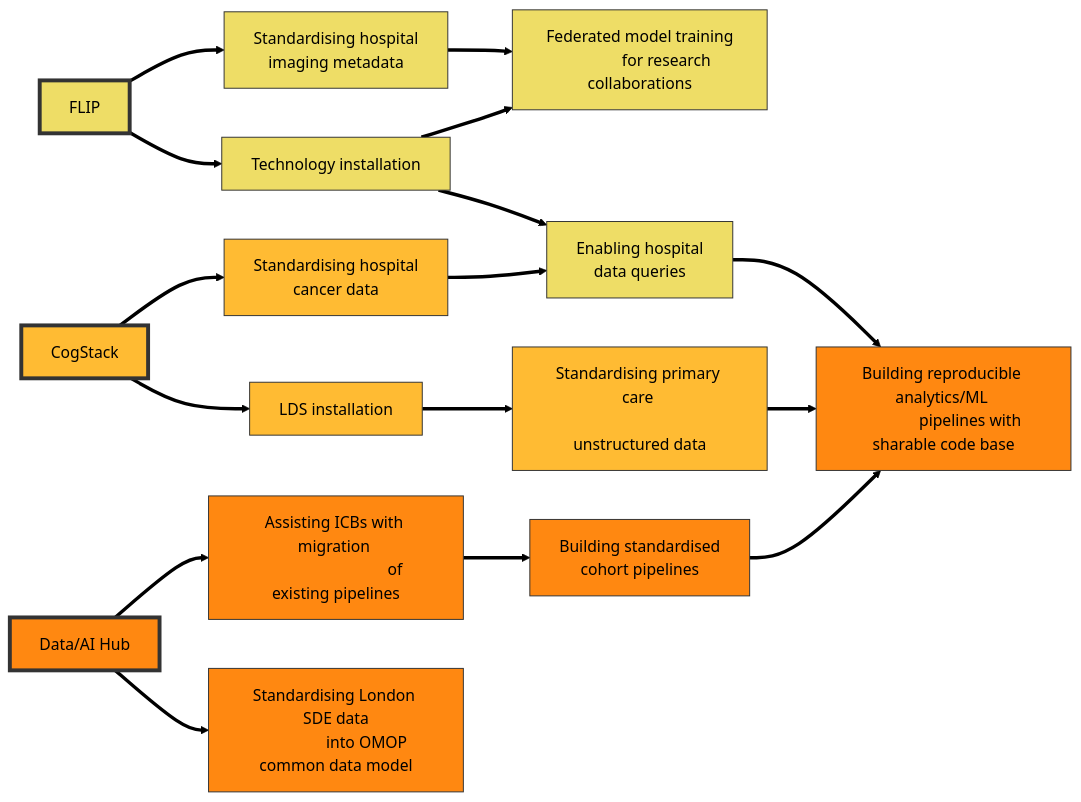
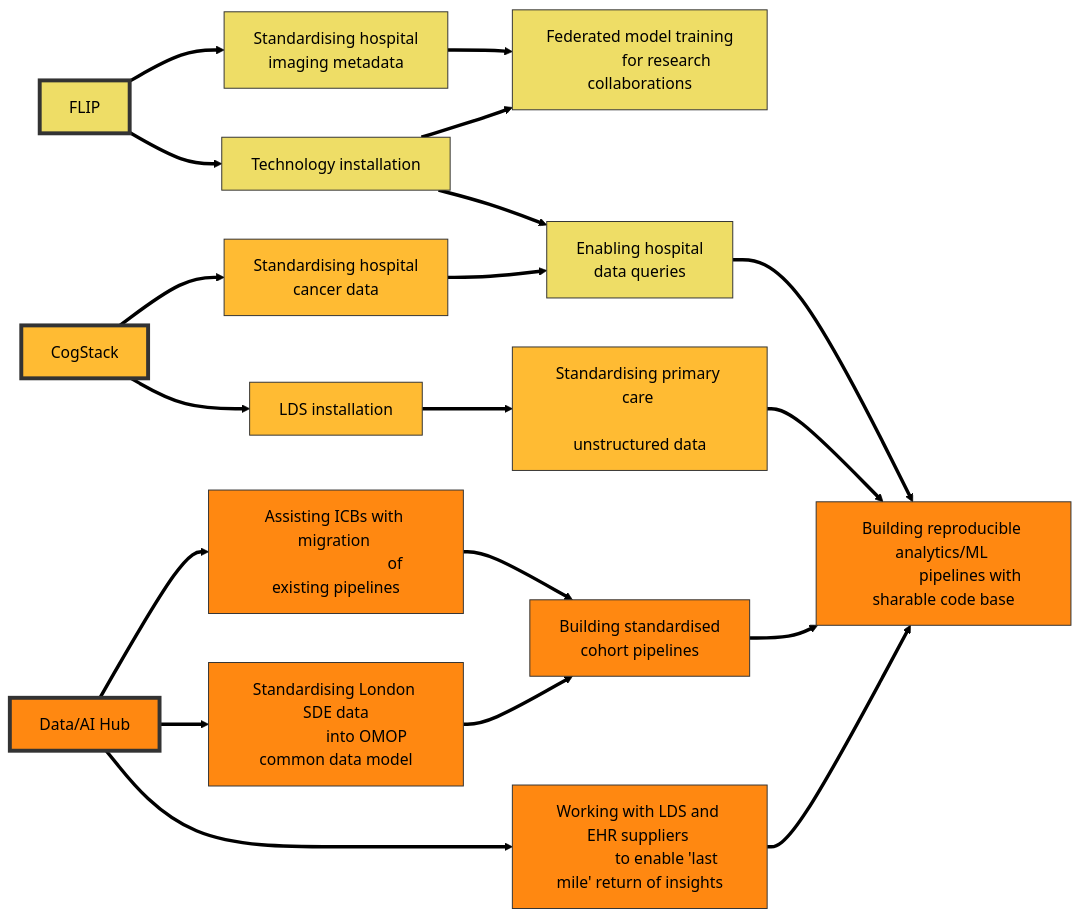
Before and after one commit to d3london/sde-aic: the second of 5 diagrams in index.qmd, drawn with Mermaid (forest theme). The commit also changed other lines of this file and 14 other files, not shown here.

````diff
--- a/index.qmd
+++ b/index.qmd
@@ -92,48 +95,55 @@
 ```{mermaid}
 %%| fig-width: 6
 %%| label: fig-aic-objectives
-%%| fig-cap: "Summary of AIC work components and objectives. FLIP = Federated Learning and Interoperability Platform; ML = Machine Learning."
+%%| fig-cap: "Summary of AIC work components and objectives. FLIP = Federated Learning and Interoperability Platform; ML = Machine Learning; EHR = Electronic Health Record"
 flowchart LR
     FLIP["FLIP"] ==> A1["Standardising hospital 
                           imaging metadata"] 
     FLIP ==> A2[Technology installation]
     A1 ==> A3["Federated model training
               for research collaborations"]
     A2 ==> A3
 
     A2 ==> A4["Enabling hospital 
               data queries"]
     B1 ==> A4
 
     COG["CogStack"] ==> B1["Standardising hospital 
                             cancer data"]
     COG ==> B2[LDS installation] ==> B3["Standardising primary care 
                                       unstructured data"]
 
     A4 ==> C3
     B3 ==> C3
 
     HUB[Data/AI Hub] ==> C1["Assisting ICBs with migration 
                               of existing pipelines"]
     C1 ==> C2["Building standardised 
                 cohort pipelines"]
     C2 ==> C3["Building reproducible analytics/ML 
               pipelines with sharable code base"]
-    HUB ==> C4["Standardising London SDE data
-                into OMOP common data model"]
+    HUB ==> C4["Working with LDS and EHR suppliers 
+              to enable 'last mile' return of insights"]
+
+    C4 ==> C3
+
+    HUB ==> C5["Standardising London SDE data
+                into OMOP common data model"]              
+    
+    C5 ==> C2
 
     classDef yellow fill:#ed6, stroke:#333, stroke-width:1px
     classDef lightorange fill:#fb3, stroke:#333, stroke-width:1px
     classDef orange fill:#f81, stroke:#333, stroke-width:1px
 
     classDef yellowbase fill:#ed6, stroke:#333, stroke-width:4px
     classDef lightorangebase fill:#fb3, stroke:#333, stroke-width:4px
     classDef orangebase fill:#f81, stroke:#333, stroke-width:4px
 
     class FLIP yellowbase
     class A1,A2,A3,A4 yellow
     class COG lightorangebase
     class B1,B2,B3 lightorange
     class HUB orangebase
-    class C1,C2,C3,C4 orange
+    class C1,C2,C3,C4,C5 orange
 ```
````
